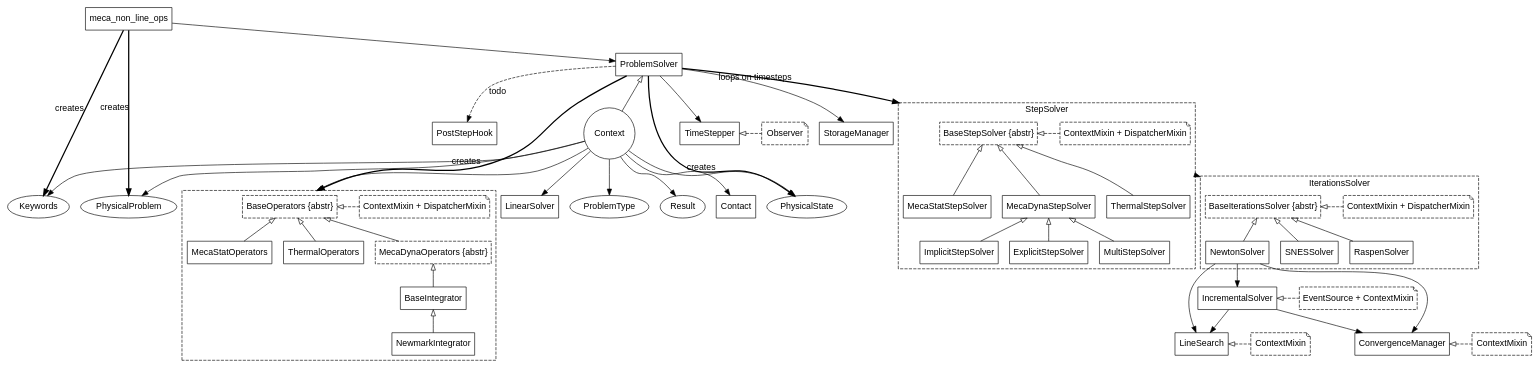
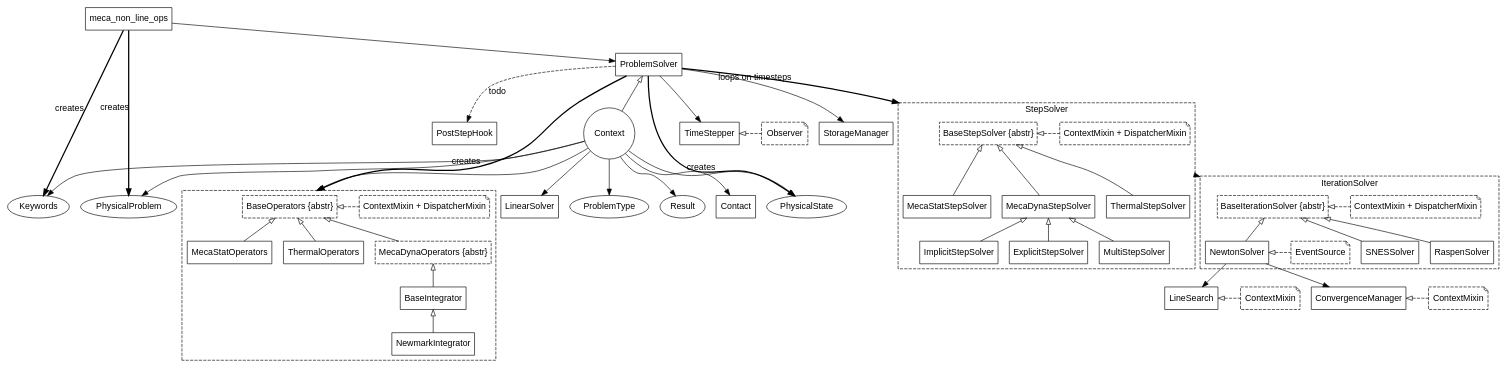
One commit to Krande/code-aster-copy changed the diagram in doc/img/mnl.dot. Above: the diagram before and after it, drawn with Graphviz. The commit also changed 5 other files, not shown here.

Commit message:
[#34400] merge IncrementalSolver with NewtonSolver

```diff
--- a/doc/img/mnl.dot
+++ b/doc/img/mnl.dot
@@ -1,162 +1,156 @@
 digraph MNL {
     compound = "true";
     // global+several pointers: circle
     // mixin: note, dashed
     // abstract: ' {abstr}', dashed
     labelloc = "t";
     fontname = "Helvetica,Arial,sans-serif";
     node [fontname = "Helvetica,Arial,sans-serif"; shape = "box";];
     edge [fontname = "Helvetica,Arial,sans-serif";];
     
     subgraph bases {
         keywords [label = "Keywords";shape = "ellipse";];
         problem [label = "PhysicalProblem";shape = "ellipse";];
         type [label = "ProblemType";shape = "ellipse";];
         state [label = "PhysicalState";shape = "ellipse";];
         result [label = "Result";shape = "ellipse";];
         contact [label = "Contact";];
         linsolv [label = "LinearSolver";];
         context [label = "Context";shape = "circle";];
         
         context -> problem;
         context -> type;
         context -> keywords;
         context -> state;
         context -> result;
         context -> operators [lhead = cluster_operators;];
         context -> contact;
         context -> linsolv;
     }
     
     mnl [label = "meca_non_line_ops";];
     pbsolv [label = "ProblemSolver";];
     timestepper [label = "TimeStepper";];
     storage [label = "StorageManager";];
     hook [label = "PostStepHook";];
     
     observ [label = "Observer";style = "dashed";shape = "note";];
-    // event [label = "EventSource";style = "dashed";shape = "note";];
     
     subgraph cluster_operators {
         subgraph {
             rank = "same";
             operators [label = "BaseOperators {abstr}";style = "dashed";];
             mixin_oper [label = "ContextMixin + DispatcherMixin";style = "dashed";shape = "note";];
             operators -> mixin_oper [dir = "back"; style = "dashed"; arrowtail = "empty";];
         }
         style = "dashed";
         subgraph {
             rank = "same";
             statopers [label = "MecaStatOperators";];
             theropers [label = "ThermalOperators";];
             dynopers [label = "MecaDynaOperators {abstr}";style = "dashed";];
         }
         integr [label = BaseIntegrator;];
         newmark [label = NewmarkIntegrator;];
         
         // subclasses
         operators -> statopers [dir = "back"; arrowtail = "empty";];
         operators -> dynopers [dir = "back"; arrowtail = "empty";];
         operators -> theropers [dir = "back"; arrowtail = "empty";];
         
         dynopers -> integr [dir = "back"; arrowtail = "empty";];
         integr -> newmark [dir = "back"; arrowtail = "empty";];
     }
     
     subgraph cluster_stepsolv {
         label = "StepSolver";
         style = "dashed";
         subgraph {
             rank = "same";
             mecastat [label = "MecaStatStepSolver";];
             mecadyn [label = "MecaDynaStepSolver";];
             ther [label = "ThermalStepSolver";];
         }
         subgraph {
             rank = "same";
             stepsolv [label = "BaseStepSolver {abstr}";style = "dashed";];
             mixin_step [label = "ContextMixin + DispatcherMixin";style = "dashed";shape = "note";];
             stepsolv -> mixin_step [dir = "back"; style = "dashed"; arrowtail = "empty";];
         }
         // subclasses
         stepsolv -> mecastat [dir = "back"; arrowtail = "empty";];
         stepsolv -> mecadyn [dir = "back"; arrowtail = "empty";];
         stepsolv -> ther [dir = "back"; arrowtail = "empty";];
         
         implicit [label = "ImplicitStepSolver";];
         explicit [label = "ExplicitStepSolver";];
         multi [label = "MultiStepSolver";];
         
         // subclasses
         mecadyn -> implicit [dir = "back"; arrowtail = "empty";];
         mecadyn -> explicit [dir = "back"; arrowtail = "empty";];
         mecadyn -> multi [dir = "back"; arrowtail = "empty";];
     }
     
     subgraph cluster_iter_solv {
-        label = IterationsSolver;
+        label = IterationSolver;
         style = "dashed";
         subgraph {
             rank = "same";
-            iter_solver [label = "BaseIterationsSolver {abstr}";style = "dashed";];
+            iter_solver [label = "BaseIterationSolver {abstr}";style = "dashed";];
             mixin_iter [label = "ContextMixin + DispatcherMixin";style = "dashed";shape = "note";];
             iter_solver -> mixin_iter [dir = "back"; style = "dashed"; arrowtail = "empty";];
         }
         // [style = invis]
-        newton [label = "NewtonSolver";];
+        subgraph {
+            rank = "same";
+            newton [label = "NewtonSolver";];
+            event [label = "EventSource";style = "dashed";shape = "note";];
+            newton -> event [dir = "back"; style = "dashed"; arrowtail = "empty";];
+        }
         snes [label = "SNESSolver";];
         raspen [label = "RaspenSolver";];
         
         iter_solver -> newton [dir = "back"; arrowtail = "empty";];
         iter_solver -> snes [dir = "back"; arrowtail = "empty";];
         iter_solver -> raspen [dir = "back"; arrowtail = "empty";];
     }
     
     mnl -> pbsolv;
     mnl -> keywords [xlabel = "creates"; style = "bold";];
     mnl -> problem [xlabel = "creates"; style = "bold";];
     
     pbsolv -> context [dir = "back"; arrowtail = "empty";];
     pbsolv -> state [xlabel = "creates"; style = "bold";];
     pbsolv -> operators [xlabel = "creates"; style = "bold"; lhead = cluster_operators;];
     pbsolv -> timestepper;
     pbsolv -> storage;
     pbsolv -> stepsolv [xlabel = "loops on timesteps"; lhead = cluster_stepsolv; style = "bold";];
     pbsolv -> hook [label = "todo"; style = "dashed";];
     
     stepsolv -> iter_solver [ltail = cluster_stepsolv; lhead = cluster_iter_solv;];
     
-    newton -> incr_solv;
     newton -> linesearch;
     newton -> conv_manager;
-    
-    subgraph {
-        rank = "same";
-        incr_solv [label = "IncrementalSolver";];
-        mixin_incr [label = "EventSource + ContextMixin";style = "dashed";shape = "note";];
-        incr_solv -> mixin_incr [dir = "back"; style = "dashed"; arrowtail = "empty";];
-    }
-    incr_solv -> linesearch;
-    incr_solv -> conv_manager;
     
     subgraph {
         rank = "same";
         linesearch [label = "LineSearch";];
         mixin_line [label = "ContextMixin";style = "dashed";shape = "note";];
         linesearch -> mixin_line [dir = "back"; style = "dashed"; arrowtail = "empty";];
     }
     
     subgraph {
         rank = "same";
         conv_manager [label = "ConvergenceManager";];
         mixin_conv [label = "ContextMixin";style = "dashed";shape = "note";];
         conv_manager -> mixin_conv [dir = "back"; style = "dashed"; arrowtail = "empty";];
     }
     
     subgraph {
         rank = "same";
         timestepper -> observ [dir = "back"; style = "dashed"; arrowtail = "empty";];
     }
     // placement
     // timestepper -> stepsolv [style = "invis";];
 }
```
